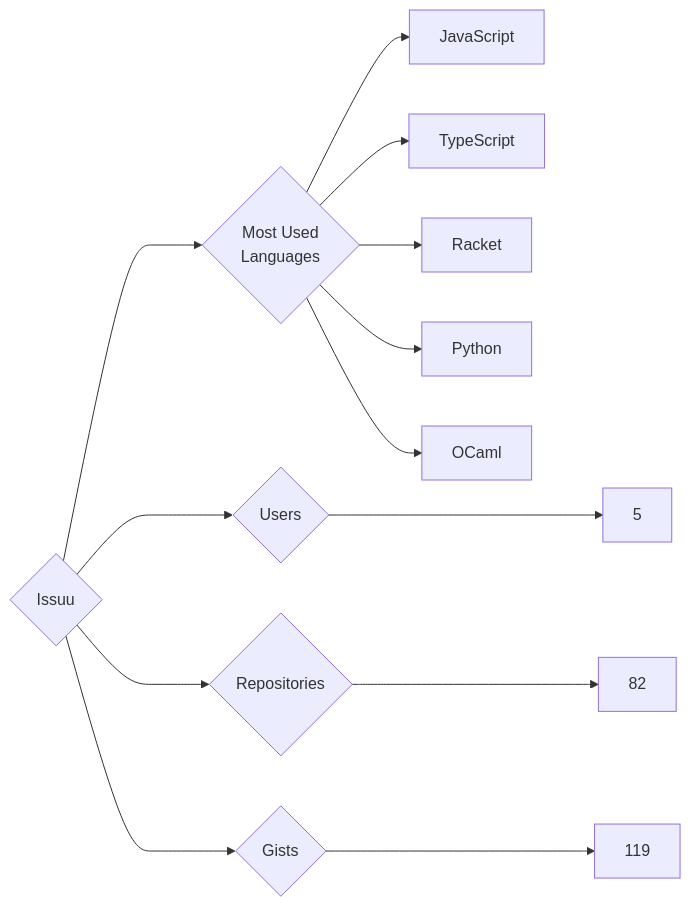
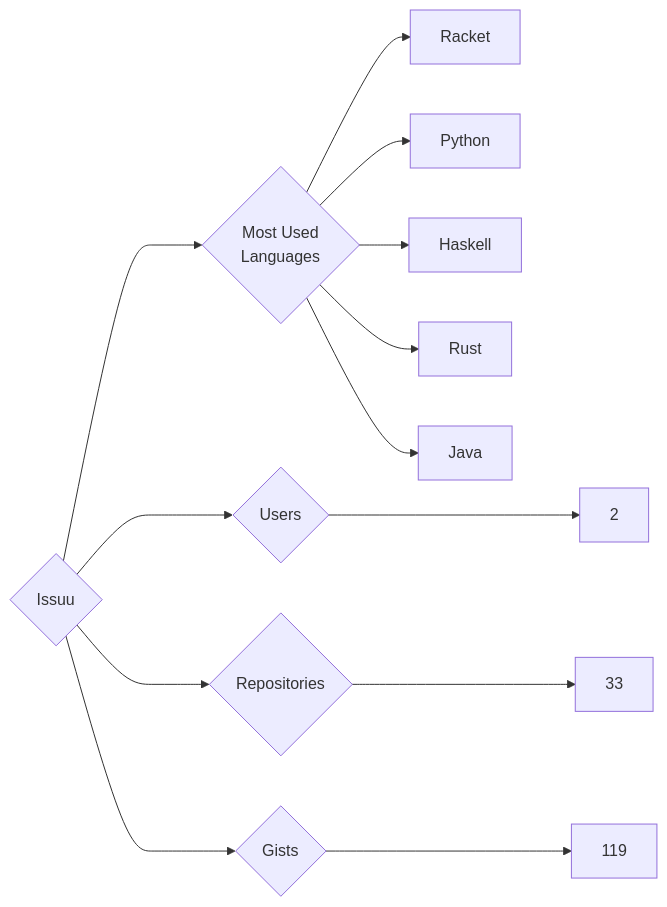
The diagram in targets/Issuu/README.md (trickest/insiders), drawn with Mermaid before and after one commit. The commit also changed 930 other files, not shown here.

````diff
--- a/targets/Issuu/README.md
+++ b/targets/Issuu/README.md
@@ -3,13 +3,13 @@
 ```mermaid
 graph LR
 COMPANY_NAME{Issuu}
-COMPANY_NAME ---> U{Users} ---> UN[5]
-COMPANY_NAME ---> R{Repositories} ---> RN[82]
+COMPANY_NAME ---> U{Users} ---> UN[2]
+COMPANY_NAME ---> R{Repositories} ---> RN[33]
 COMPANY_NAME ---> G{Gists} ---> GN[119]
 COMPANY_NAME ---> ML{Most Used<br>Languages}
-ML --> JavaScript[JavaScript]
-ML --> TypeScript[TypeScript]
 ML --> Racket[Racket]
 ML --> Python[Python]
-ML --> OCaml[OCaml]
+ML --> Haskell[Haskell]
+ML --> Rust[Rust]
+ML --> Java[Java]
 ```
````
